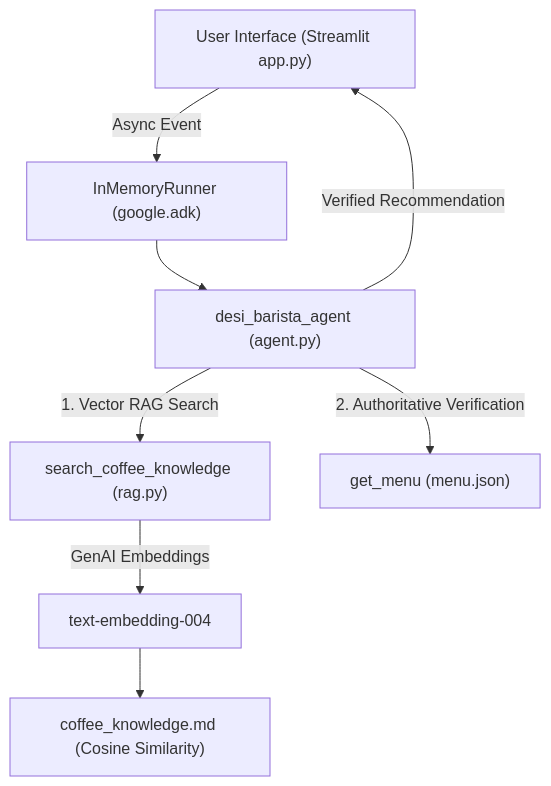
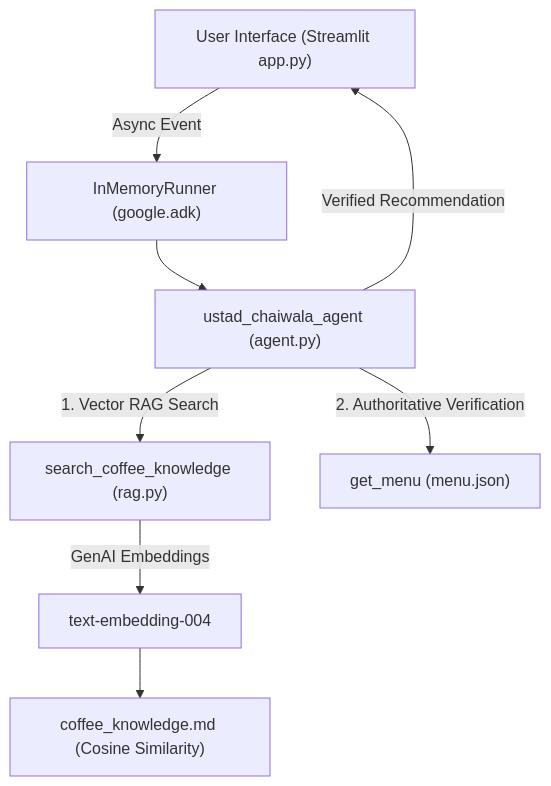
Before and after one commit to Arju1234n/coffee-ai: the diagram in README.md, drawn with Mermaid. The commit also changed other lines of this file and 5 other files, not shown here.

Commit message:
feat: modernize UI layout, upgrade RAG telemetry, and update brand to Desi Coffee & Chai Khana with Ustad Chaiwala persona

````diff
--- a/README.md
+++ b/README.md
@@ -22,10 +22,10 @@
 ```mermaid
 graph TD
     User["User Interface (Streamlit app.py)"] -->|Async Event| Runner["InMemoryRunner (google.adk)"]
-    Runner --> Agent["desi_barista_agent (agent.py)"]
+    Runner --> Agent["ustad_chaiwala_agent (agent.py)"]
     Agent -->|1. Vector RAG Search| RAG["search_coffee_knowledge (rag.py)"]
     RAG -->|GenAI Embeddings| EmbedModel["text-embedding-004"]
     EmbedModel --> KB["coffee_knowledge.md (Cosine Similarity)"]
     Agent -->|2. Authoritative Verification| Menu["get_menu (menu.json)"]
     Agent -->|Verified Recommendation| User
 ```
````
